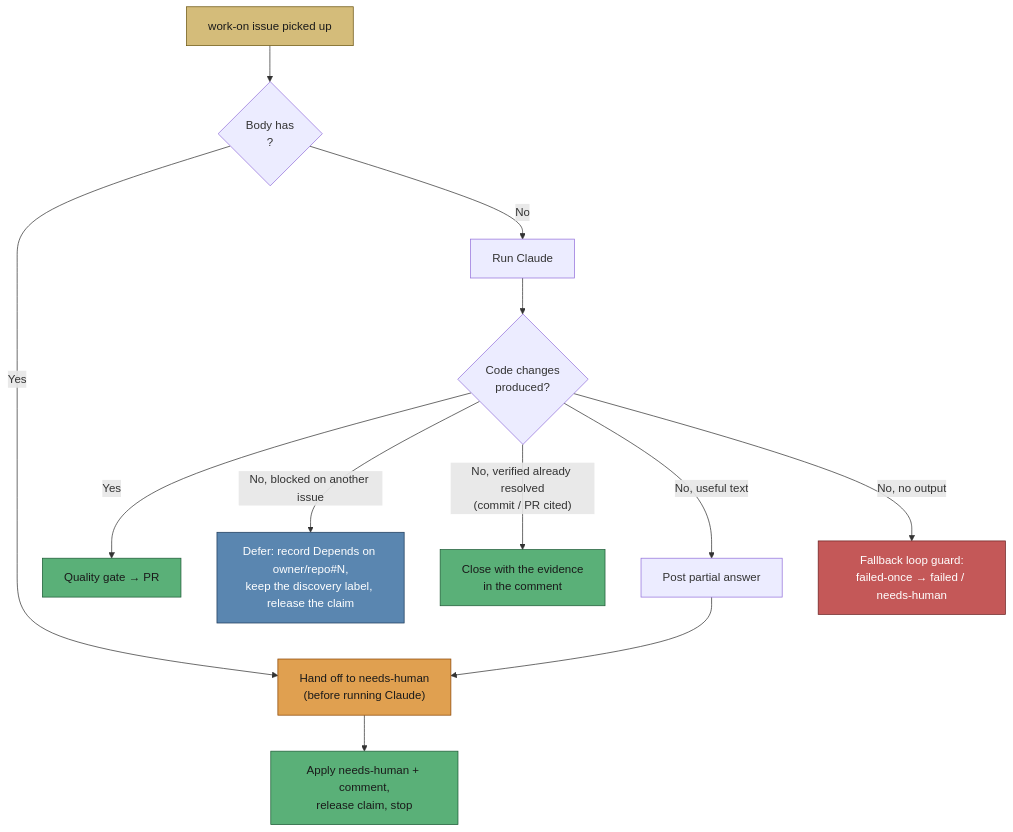
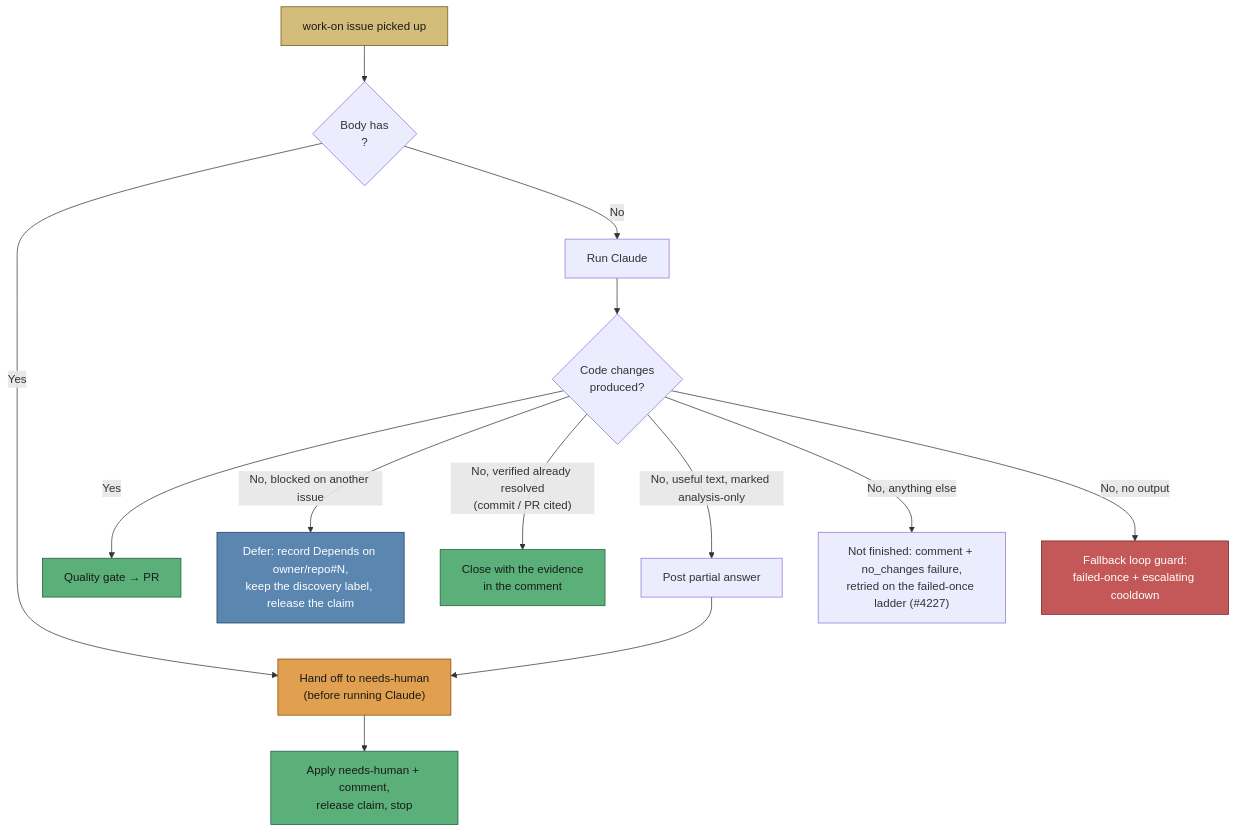
One commit to stSoftwareAU/VibeCoder changed diagram 11 of 25 in docs/workflows/issue-processing.md. Above: the diagram before and after it, drawn with Mermaid. The commit also changed other lines of this file and 13 other files, not shown here.

````diff
--- a/docs/workflows/issue-processing.md
+++ b/docs/workflows/issue-processing.md
@@ -859,20 +862,21 @@
 ```mermaid
 flowchart TD
   Pick["work-on issue picked up"] --> Marker{"Body has<br/><!-- analysis-only --> ?"}
   Marker -->|Yes| HandOff["Hand off to needs-human<br/>(before running Claude)"]
   Marker -->|No| Run["Run Claude"]
   Run --> Changes{"Code changes<br/>produced?"}
   Changes -->|Yes| PR["Quality gate → PR"]
   Changes -->|"No, blocked on another issue"| Defer["Defer: record Depends on owner/repo#N,<br/>keep the discovery label, release the claim"]
   Changes -->|"No, verified already resolved<br/>(commit / PR cited)"| Close["Close with the evidence<br/>in the comment"]
-  Changes -->|"No, useful text"| Partial["Post partial answer"] --> HandOff
-  Changes -->|"No, no output"| Guard["Fallback loop guard:<br/>failed-once → failed / needs-human"]
+  Changes -->|"No, useful text, marked analysis-only"| Partial["Post partial answer"] --> HandOff
+  Changes -->|"No, anything else"| Retry["Not finished: comment + no_changes failure,<br/>retried on the failed-once ladder (#4227)"]
+  Changes -->|"No, no output"| Guard["Fallback loop guard:<br/>failed-once + escalating cooldown"]
   HandOff --> Stop["Apply needs-human + comment,<br/>release claim, stop"]
   style Pick fill:#d4bc7a,stroke:#6b5510,color:#1a1a1a
   style HandOff fill:#e0a050,stroke:#8b4500,color:#1a1a1a
   style Stop fill:#5ab078,stroke:#1d5a35,color:#1a1a1a
   style PR fill:#5ab078,stroke:#1d5a35,color:#1a1a1a
   style Guard fill:#c45858,stroke:#6b2020,color:#fff
   style Defer fill:#5a86b0,stroke:#1d3a5a,color:#fff
   style Close fill:#5ab078,stroke:#1d5a35,color:#1a1a1a
 ```
````
